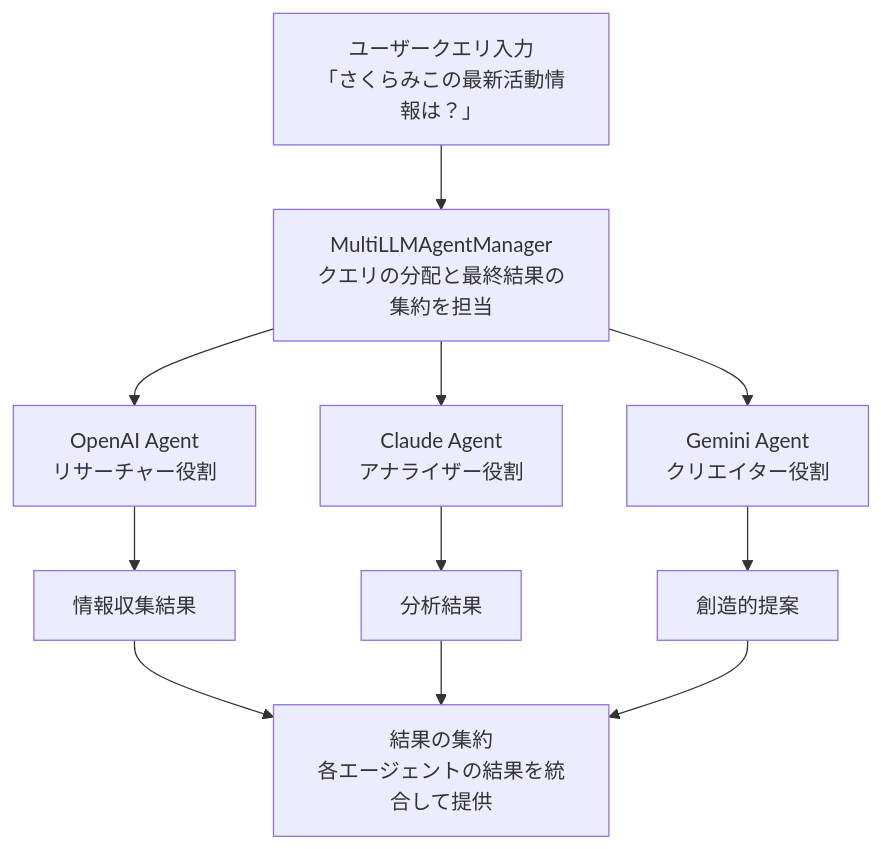
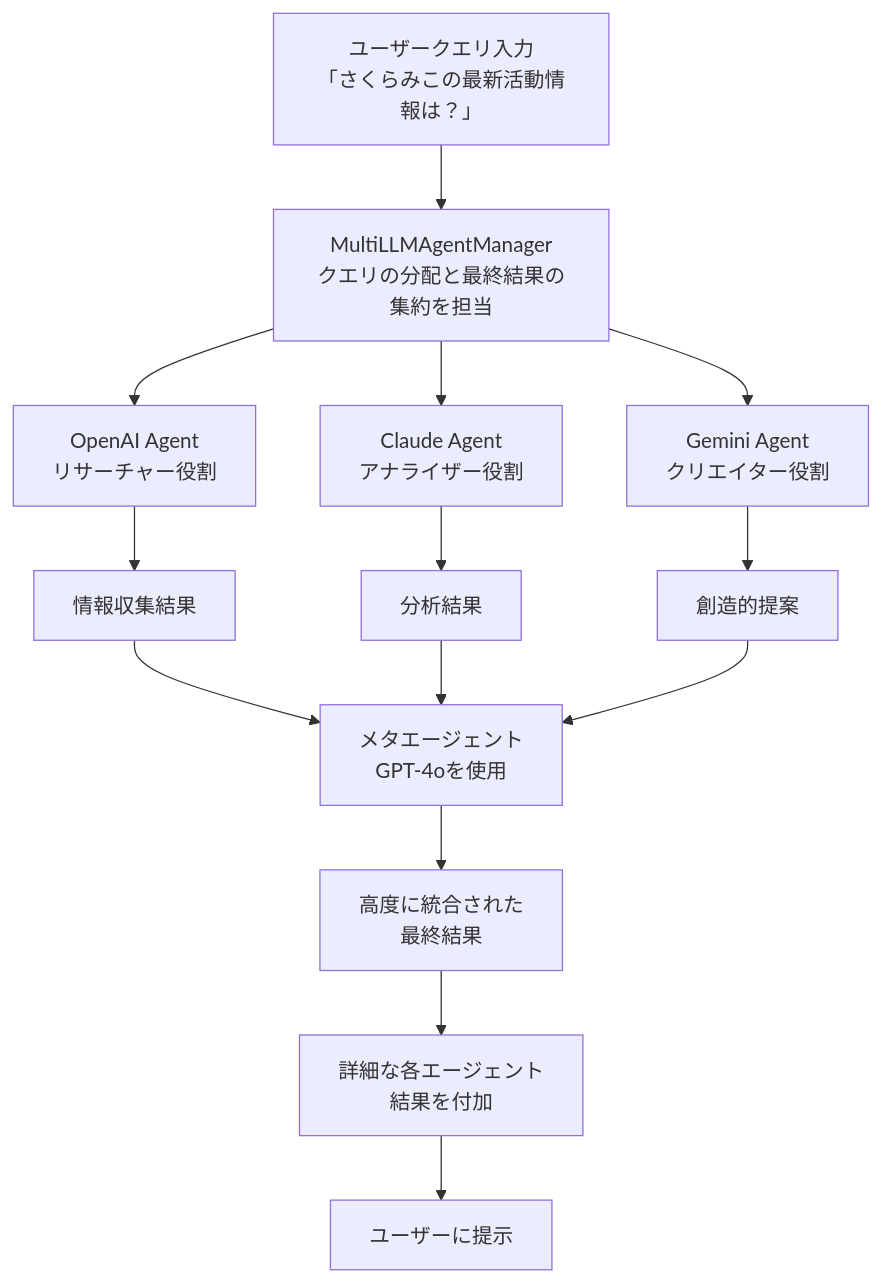
One commit to takeuchi-shogo/ai-agent-larn changed the first of 2 diagrams in ai_agent/multi_llm_agent/README.md. Above: the diagram before and after it, drawn with Mermaid. The commit also changed other lines of this file and 9 other files, not shown here.

````diff
--- a/ai_agent/multi_llm_agent/README.md
+++ b/ai_agent/multi_llm_agent/README.md
@@ -18,13 +19,16 @@
 ```mermaid
 graph TD
     A[ユーザークエリ入力<br>「さくらみこの最新活動情報は？」] --> B[MultiLLMAgentManager<br>クエリの分配と最終結果の集約を担当]
     B --> C[OpenAI Agent<br>リサーチャー役割]
     B --> D[Claude Agent<br>アナライザー役割]
     B --> E[Gemini Agent<br>クリエイター役割]
     C --> F[情報収集結果]
     D --> G[分析結果]
     E --> H[創造的提案]
-    F --> I[結果の集約<br>各エージェントの結果を統合して提供]
+    F --> I[メタエージェント<br>GPT-4oを使用]
     G --> I
     H --> I
+    I --> J[高度に統合された<br>最終結果]
+    J --> K[詳細な各エージェント<br>結果を付加]
+    K --> L[ユーザーに提示]
 ```
````
